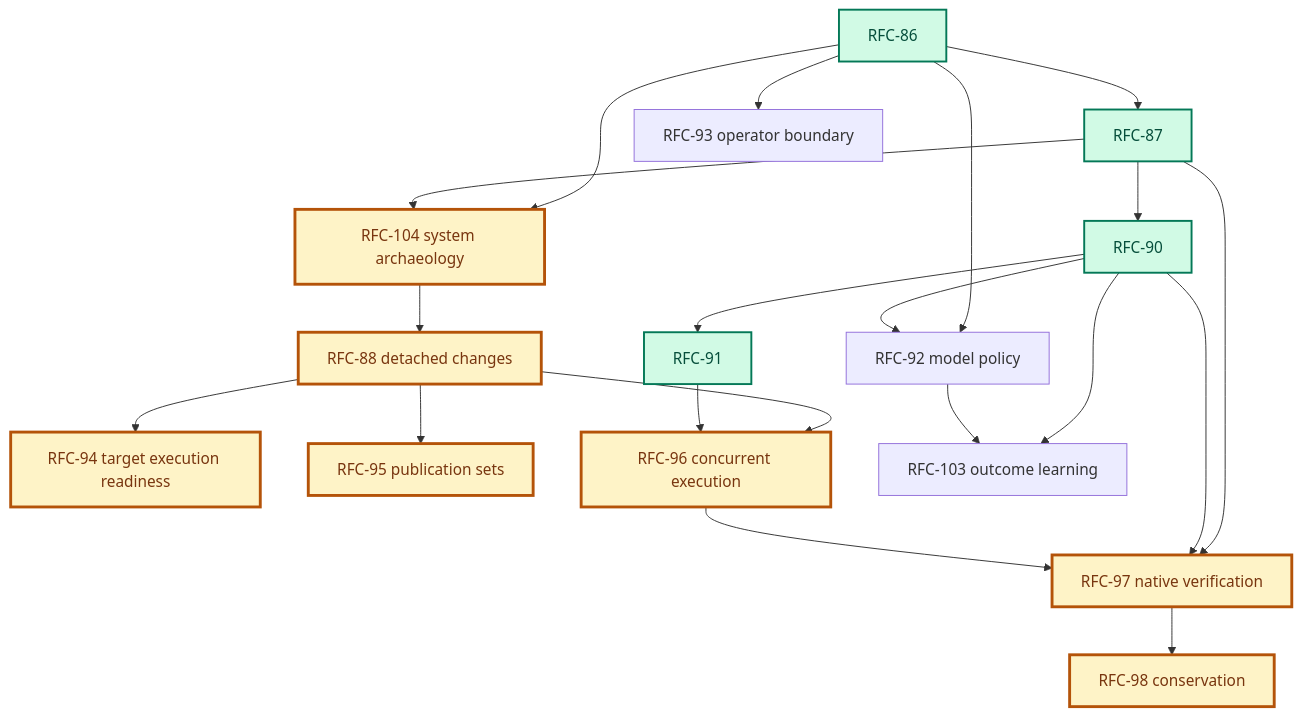
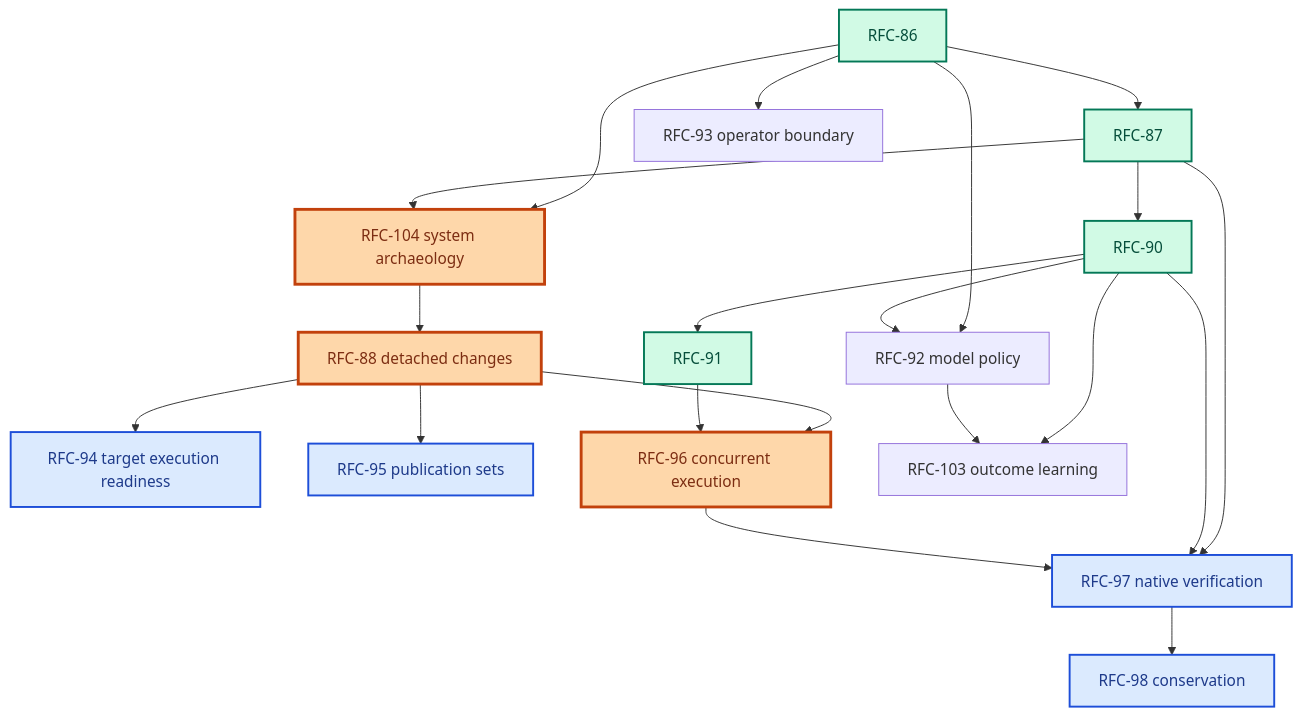
One commit to augentic/anvil changed the diagram in rfcs/platform.md. Above: the diagram before and after it, drawn with Mermaid. The commit also changed other lines of this file and 12 other files, not shown here.

````diff
--- a/rfcs/platform.md
+++ b/rfcs/platform.md
@@ -43,27 +47,29 @@
 ```mermaid
 flowchart TD
     R86[RFC-86] --> R87[RFC-87]
     R86 --> R104[RFC-104 system archaeology]
     R86 --> R92[RFC-92 model policy]
     R86 --> R93[RFC-93 operator boundary]
     R87 --> R104
     R104 --> R88[RFC-88 detached changes]
     R87 --> R90[RFC-90]
     R90 --> R91[RFC-91]
     R90 --> R92
     R87 --> R97[RFC-97 native verification]
     R90 --> R97
     R88 --> R94[RFC-94 target execution readiness]
     R88 --> R95[RFC-95 publication sets]
     R88 --> R96[RFC-96 concurrent execution]
     R91 --> R96
     R96 --> R97
     R97 --> R98[RFC-98 conservation]
     R90 --> R103[RFC-103 outcome learning]
     R92 --> R103
 
     classDef done fill:#d1fae5,stroke:#047857,color:#064e3b,stroke-width:2px
-    classDef critical fill:#fef3c7,stroke:#b45309,color:#78350f,stroke-width:3px
+    classDef nearterm fill:#fed7aa,stroke:#c2410c,color:#7c2d12,stroke-width:3px
+    classDef later fill:#dbeafe,stroke:#1d4ed8,color:#1e3a8a,stroke-width:2px
     class R86,R87,R90,R91 done
-    class R104,R88,R94,R95,R96,R97,R98 critical
+    class R104,R88,R96 nearterm
+    class R94,R95,R97,R98 later
 ```
````
